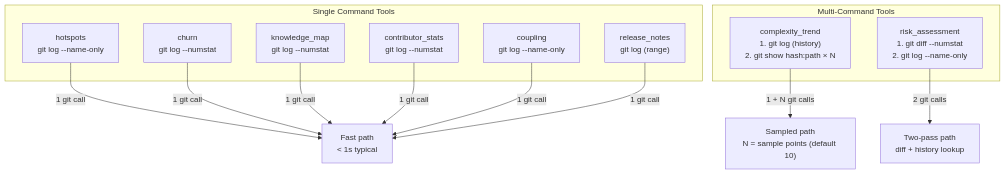
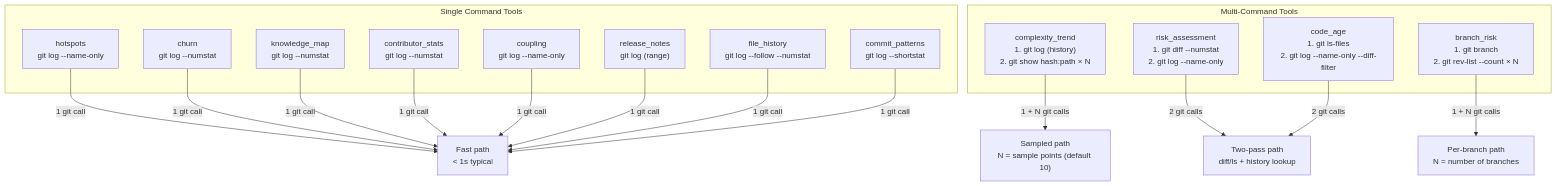
The seventh of 10 diagrams in ARCHITECTURE.md (hoangsonww/GitIntel-MCP-Server), drawn with Mermaid before and after one commit. The commit also changed other lines of this file and 12 other files, not shown here.

````diff
--- a/ARCHITECTURE.md
+++ b/ARCHITECTURE.md
@@ -389,20 +402,25 @@
 ```mermaid
 graph TD
     subgraph "Single Command Tools"
         H["hotspots<br/>git log --name-only"]
         CH["churn<br/>git log --numstat"]
         KM["knowledge_map<br/>git log --numstat"]
         CS["contributor_stats<br/>git log --numstat"]
         CO["coupling<br/>git log --name-only"]
         RN["release_notes<br/>git log (range)"]
+        FH["file_history<br/>git log --follow --numstat"]
+        CP["commit_patterns<br/>git log --shortstat"]
     end
 
     subgraph "Multi-Command Tools"
         CT["complexity_trend<br/>1. git log (history)<br/>2. git show hash:path × N"]
         RA["risk_assessment<br/>1. git diff --numstat<br/>2. git log --name-only"]
+        CA["code_age<br/>1. git ls-files<br/>2. git log --name-only --diff-filter"]
+        BR["branch_risk<br/>1. git branch<br/>2. git rev-list --count × N"]
     end
 
-    H & CH & KM & CS & CO & RN -->|"1 git call"| Fast["Fast path<br/>< 1s typical"]
+    H & CH & KM & CS & CO & RN & FH & CP -->|"1 git call"| Fast["Fast path<br/>< 1s typical"]
     CT -->|"1 + N git calls"| Slower["Sampled path<br/>N = sample points (default 10)"]
-    RA -->|"2 git calls"| Medium["Two-pass path<br/>diff + history lookup"]
+    RA & CA -->|"2 git calls"| Medium["Two-pass path<br/>diff/ls + history lookup"]
+    BR -->|"1 + N git calls"| BranchPath["Per-branch path<br/>N = number of branches"]
 ```
````
